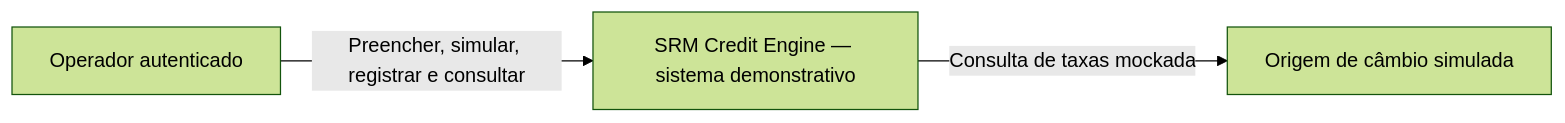
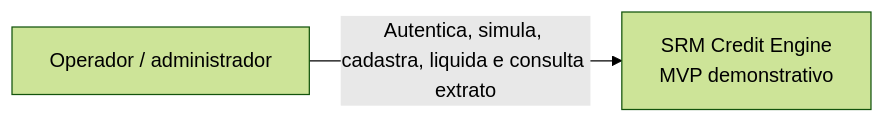
One commit to RobsonSilverioSantos/srm-credit-engine changed the first of 2 diagrams in docs/arquitetura/C4_MVP.md. Above: the diagram before and after it, drawn with Mermaid (forest theme). The commit also changed other lines of this file and 407 other files, not shown here.

First line of the commit message:
release: publicar versão final do SRM Credit Engine na main (#99)

````diff
--- a/docs/arquitetura/C4_MVP.md
+++ b/docs/arquitetura/C4_MVP.md
@@ -7,5 +10,6 @@
 ```mermaid
 flowchart LR
-  op[Operador autenticado] -->|Preencher, simular, registrar e consultar| app[SRM Credit Engine — sistema demonstrativo]
-  app -->|Consulta de taxas mockada| fx[Origem de câmbio simulada]
+  op["Operador / administrador"]
+  sistema["SRM Credit Engine<br/>MVP demonstrativo"]
+  op -->|"Autentica, simula, cadastra, liquida e consulta extrato"| sistema
 ```
````
